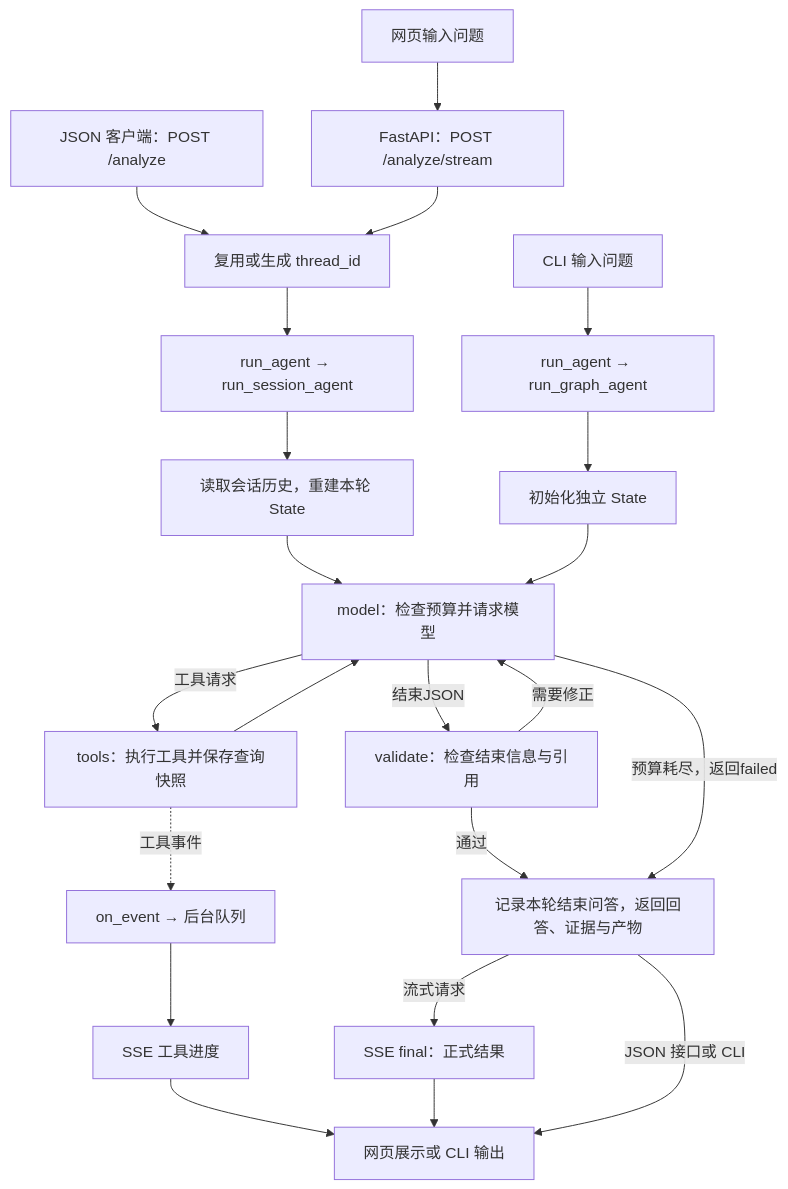
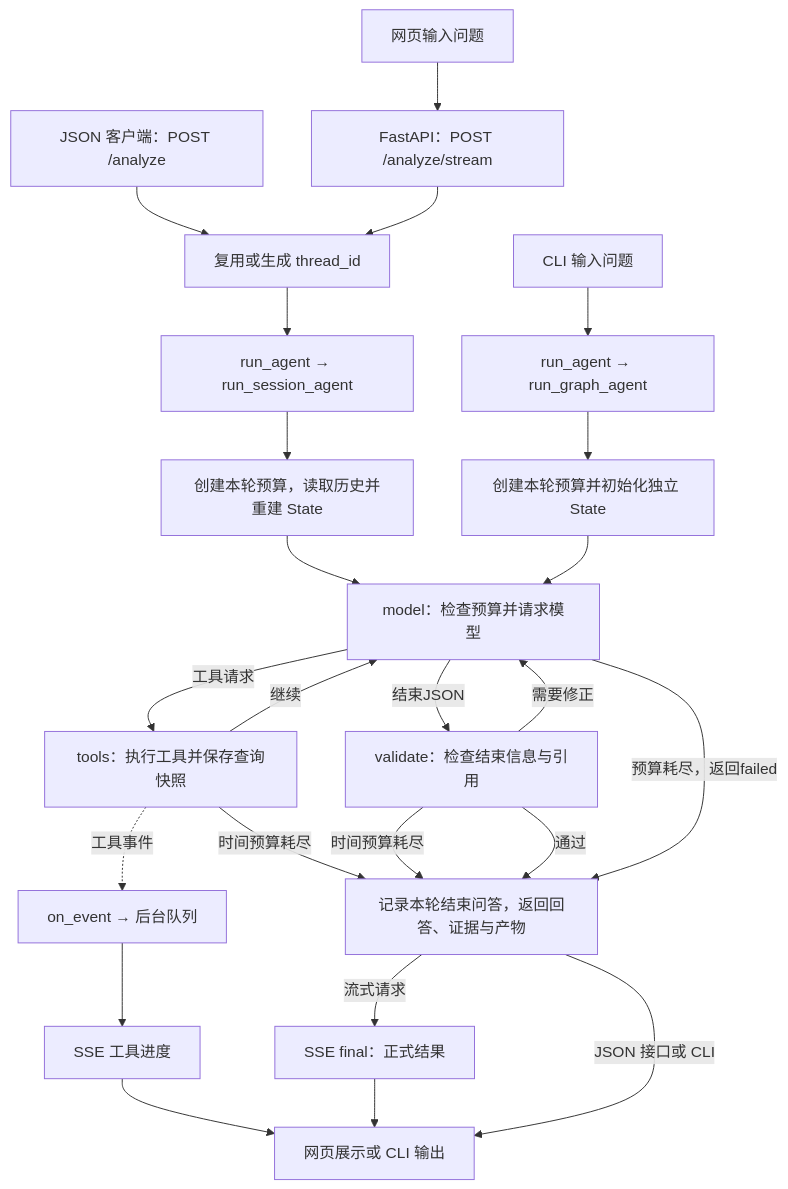
The diagram in README.md (Lishaoxin/business-analysis-agent), drawn with Mermaid before and after one commit. The commit also changed other lines of this file and 6 other files, not shown here.

````diff
--- a/README.md
+++ b/README.md
@@ -26,24 +27,26 @@
 ```mermaid
 flowchart TD
     U["网页输入问题"] --> H["FastAPI：POST /analyze/stream"]
     J["JSON 客户端：POST /analyze"] --> S
     H --> S["复用或生成 thread_id"]
     S --> A["run_agent → run_session_agent"]
-    A --> N["读取会话历史，重建本轮 State"]
+    A --> N["创建本轮预算，读取历史并重建 State"]
     C["CLI 输入问题"] --> I["run_agent → run_graph_agent"]
-    I --> N0["初始化独立 State"]
+    I --> N0["创建本轮预算并初始化独立 State"]
     N --> M["model：检查预算并请求模型"]
     N0 --> M
     M -->|工具请求| T["tools：执行工具并保存查询快照"]
-    T --> M
+    T -->|继续| M
+    T -->|时间预算耗尽| R
     T -.工具事件.-> E["on_event → 后台队列"]
     E --> P["SSE 工具进度"]
     P --> D
     M -->|结束JSON| V["validate：检查结束信息与引用"]
     V -->|需要修正| M
+    V -->|时间预算耗尽| R
     V -->|通过| R["记录本轮结束问答，返回回答、证据与产物"]
     M -->|预算耗尽，返回failed| R
     R -->|流式请求| F["SSE final：正式结果"]
     F --> D["网页展示或 CLI 输出"]
     R -->|JSON 接口或 CLI| D
 ```
````
